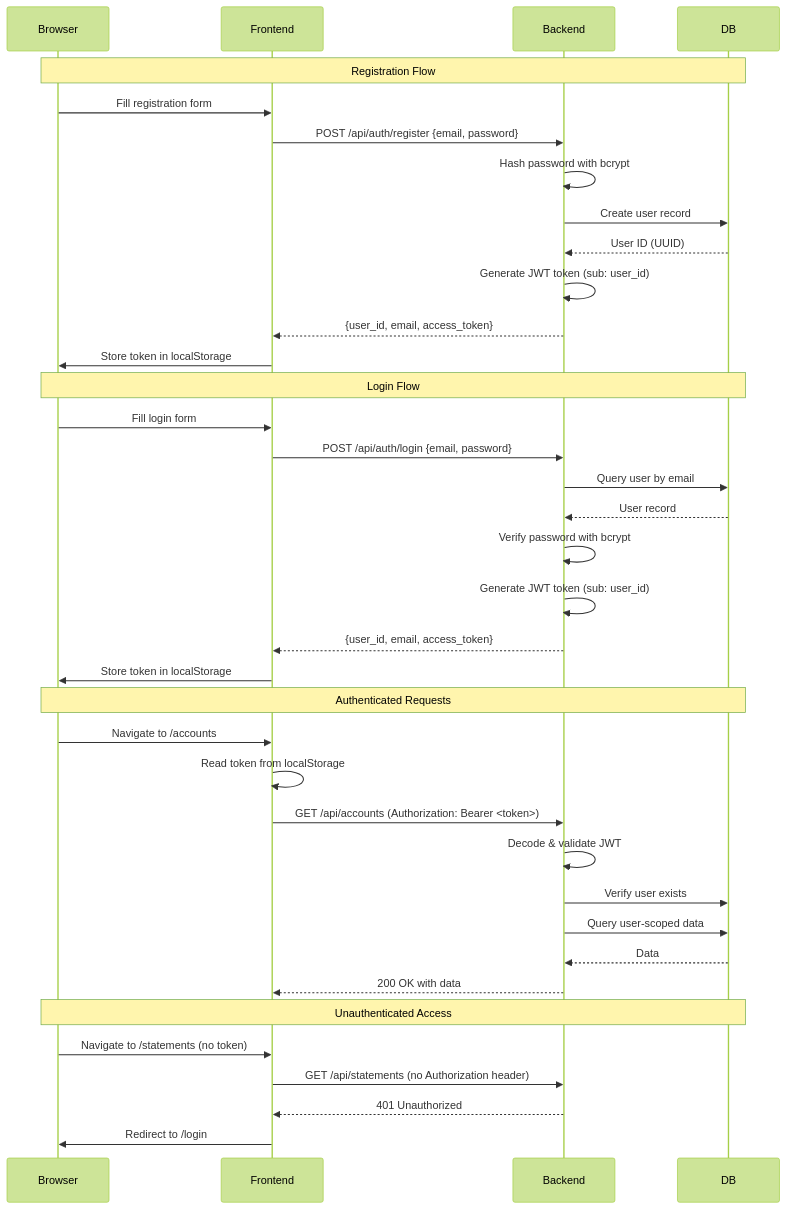
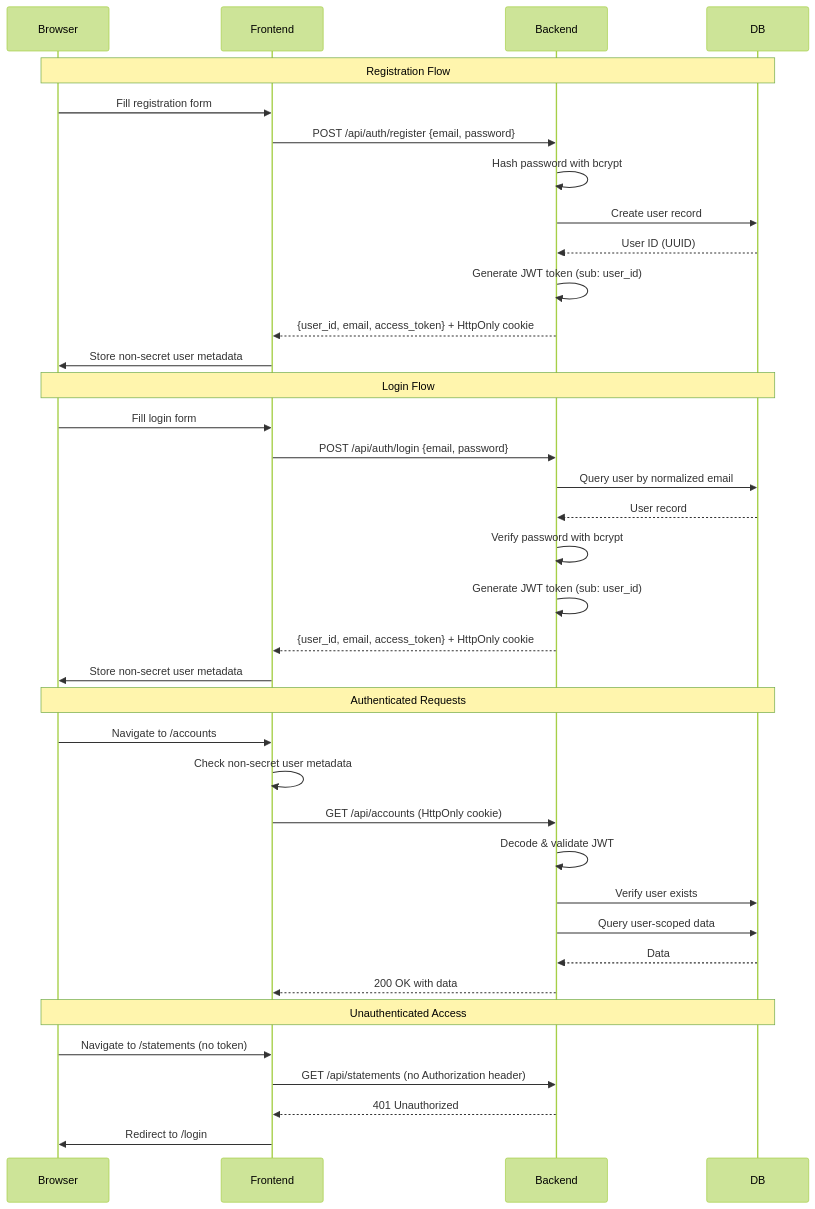
One commit to wangzitian0/finance_report changed the diagram in docs/ssot/auth.md. Above: the diagram before and after it, drawn with Mermaid (forest theme). The commit also changed other lines of this file and 41 other files, not shown here.

````diff
--- a/docs/ssot/auth.md
+++ b/docs/ssot/auth.md
@@ -26,43 +26,43 @@
 ```mermaid
 sequenceDiagram
     participant Browser
     participant Frontend
     participant Backend
     participant DB
 
     Note over Browser,DB: Registration Flow
     Browser->>Frontend: Fill registration form
     Frontend->>Backend: POST /api/auth/register {email, password}
     Backend->>Backend: Hash password with bcrypt
     Backend->>DB: Create user record
     DB-->>Backend: User ID (UUID)
     Backend->>Backend: Generate JWT token (sub: user_id)
-    Backend-->>Frontend: {user_id, email, access_token}
-    Frontend->>Browser: Store token in localStorage
+    Backend-->>Frontend: {user_id, email, access_token} + HttpOnly cookie
+    Frontend->>Browser: Store non-secret user metadata
 
     Note over Browser,DB: Login Flow
     Browser->>Frontend: Fill login form
     Frontend->>Backend: POST /api/auth/login {email, password}
-    Backend->>DB: Query user by email
+    Backend->>DB: Query user by normalized email
     DB-->>Backend: User record
     Backend->>Backend: Verify password with bcrypt
     Backend->>Backend: Generate JWT token (sub: user_id)
-    Backend-->>Frontend: {user_id, email, access_token}
-    Frontend->>Browser: Store token in localStorage
+    Backend-->>Frontend: {user_id, email, access_token} + HttpOnly cookie
+    Frontend->>Browser: Store non-secret user metadata
 
     Note over Browser,DB: Authenticated Requests
     Browser->>Frontend: Navigate to /accounts
-    Frontend->>Frontend: Read token from localStorage
-    Frontend->>Backend: GET /api/accounts (Authorization: Bearer <token>)
+    Frontend->>Frontend: Check non-secret user metadata
+    Frontend->>Backend: GET /api/accounts (HttpOnly cookie)
     Backend->>Backend: Decode & validate JWT
     Backend->>DB: Verify user exists
     Backend->>DB: Query user-scoped data
     DB-->>Backend: Data
     Backend-->>Frontend: 200 OK with data
     
     Note over Browser,DB: Unauthenticated Access
     Browser->>Frontend: Navigate to /statements (no token)
     Frontend->>Backend: GET /api/statements (no Authorization header)
     Backend-->>Frontend: 401 Unauthorized
     Frontend->>Browser: Redirect to /login
 ```
````
